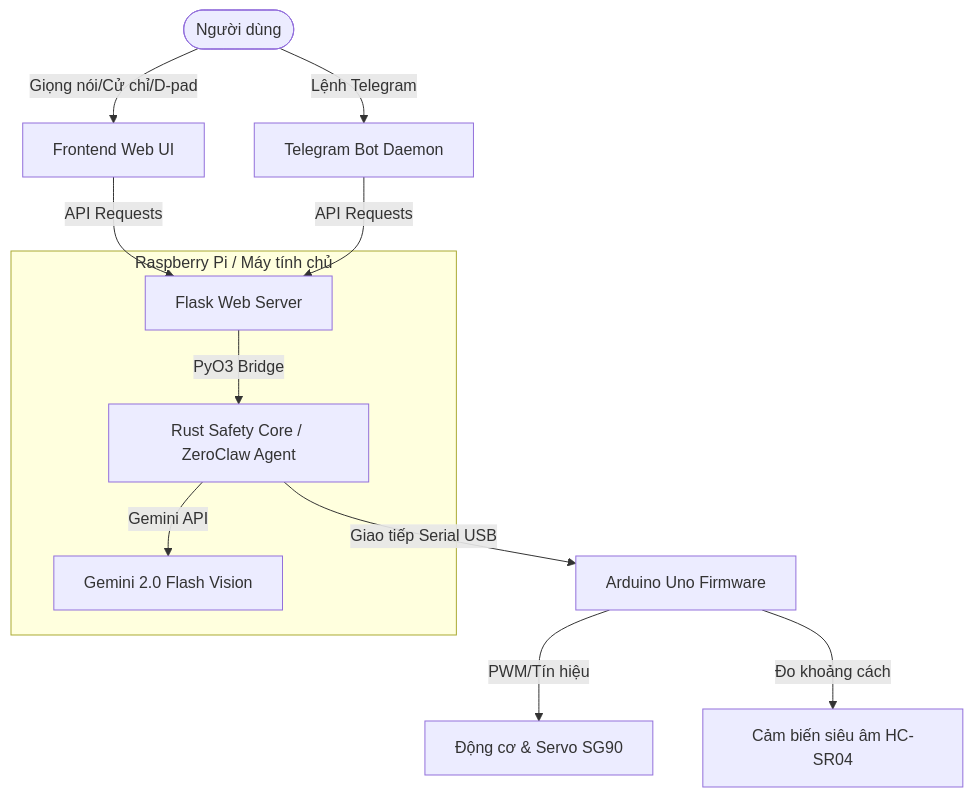
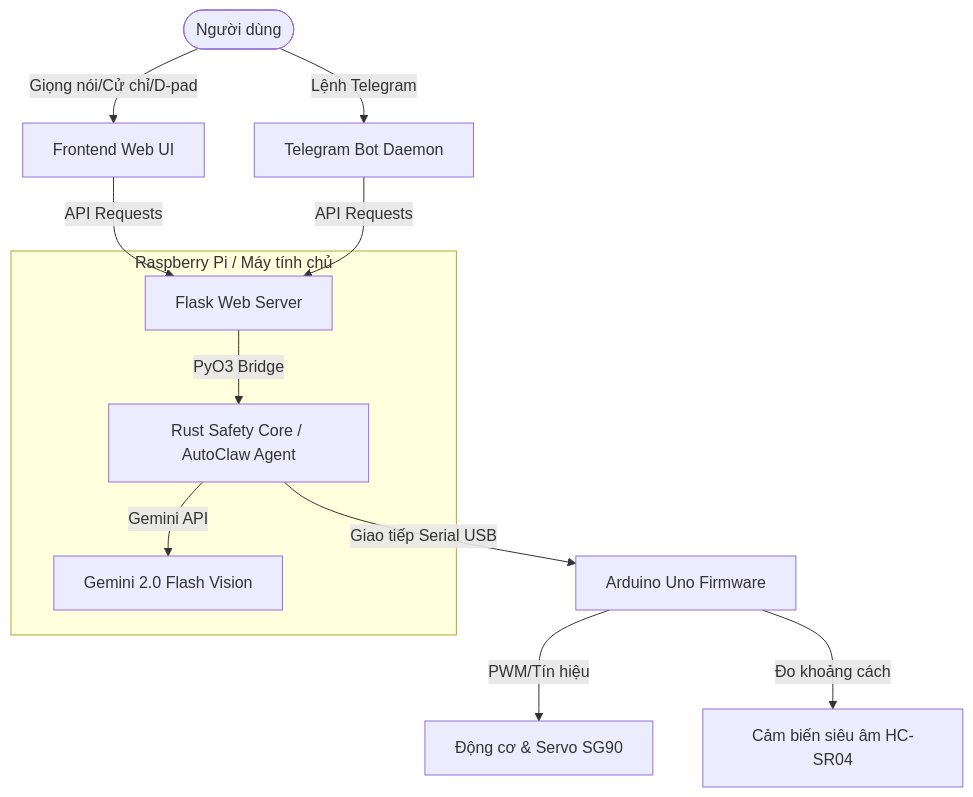
The diagram in ThuyetTrinh/presentation_slides.md (NgoDKhoi/NT131.Q21-Group-9), drawn with Mermaid before and after one commit. The commit also changed other lines of this file and 12 other files, not shown here.

Commit message:
Rename ZeroClaw mock and core to AutoClaw mock (autoclaw_mock.py) and core (autoclaw_core)

````diff
--- a/ThuyetTrinh/presentation_slides.md
+++ b/ThuyetTrinh/presentation_slides.md
@@ -36,17 +36,17 @@
     ```mermaid
     graph TD
         User([Người dùng]) -->|Giọng nói/Cử chỉ/D-pad| WebClient[Frontend Web UI]
         User -->|Lệnh Telegram| TelegramBot[Telegram Bot Daemon]
         
         WebClient -->|API Requests| FlaskBackend[Flask Web Server]
         TelegramBot -->|API Requests| FlaskBackend
         
         subgraph Raspberry Pi / Máy tính chủ
-            FlaskBackend -->|PyO3 Bridge| RustCore[Rust Safety Core / ZeroClaw Agent]
+            FlaskBackend -->|PyO3 Bridge| RustCore[Rust Safety Core / AutoClaw Agent]
             RustCore -->|Gemini API| Gemini[Gemini 2.0 Flash Vision]
         end
         
         RustCore -->|Giao tiếp Serial USB| ArduinoUno[Arduino Uno Firmware]
         ArduinoUno -->|PWM/Tín hiệu| Motors[Động cơ & Servo SG90]
         ArduinoUno -->|Đo khoảng cách| HCSR04[Cảm biến siêu âm HC-SR04]
     ```
````
